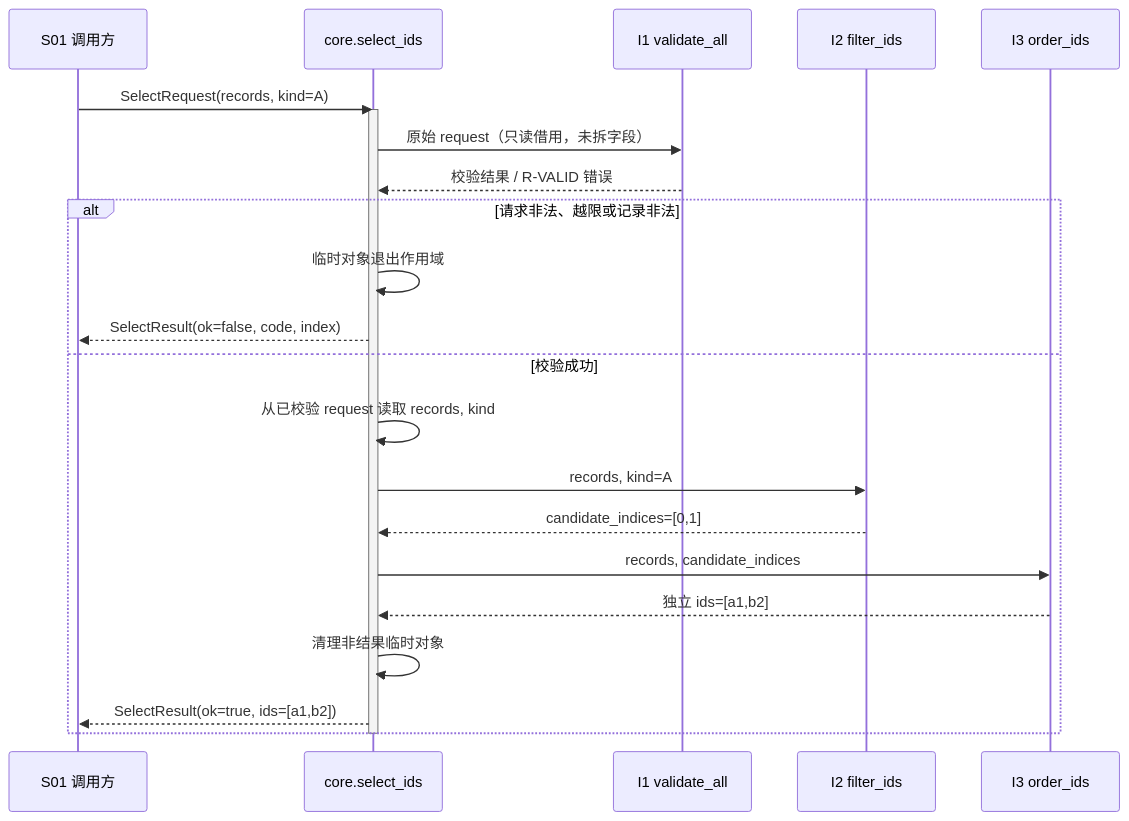
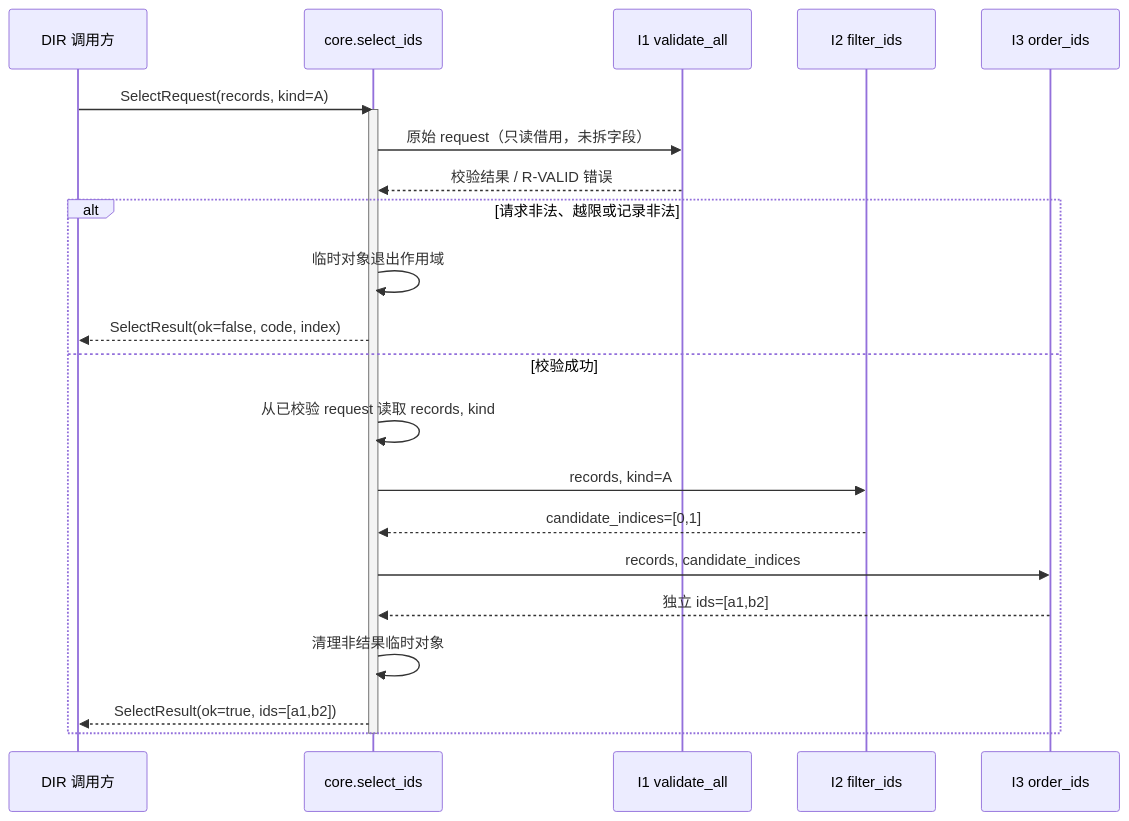
One commit to corezilla/STD changed the eighth of 11 diagrams in templates/design/design-definition.md. Above: the diagram before and after it, drawn with Mermaid. The commit also changed other lines of this file and 18 other files, not shown here.

````diff
--- a/templates/design/design-definition.md
+++ b/templates/design/design-definition.md
@@ -1501,25 +1501,25 @@
 ```mermaid
 sequenceDiagram
-    participant C as S01 调用方
+    participant C as DIR 调用方
     participant E as core.select_ids
     participant V as I1 validate_all
     participant F as I2 filter_ids
     participant O as I3 order_ids
     C->>E: SelectRequest(records, kind=A)
     activate E
     E->>V: 原始 request（只读借用，未拆字段）
     V-->>E: 校验结果 / R-VALID 错误
     alt 请求非法、越限或记录非法
         E->>E: 临时对象退出作用域
         E-->>C: SelectResult(ok=false, code, index)
     else 校验成功
         E->>E: 从已校验 request 读取 records, kind
         E->>F: records, kind=A
         F-->>E: candidate_indices=[0,1]
         E->>O: records, candidate_indices
         O-->>E: 独立 ids=[a1,b2]
         E->>E: 清理非结果临时对象
         E-->>C: SelectResult(ok=true, ids=[a1,b2])
     end
     deactivate E
 ```
````
